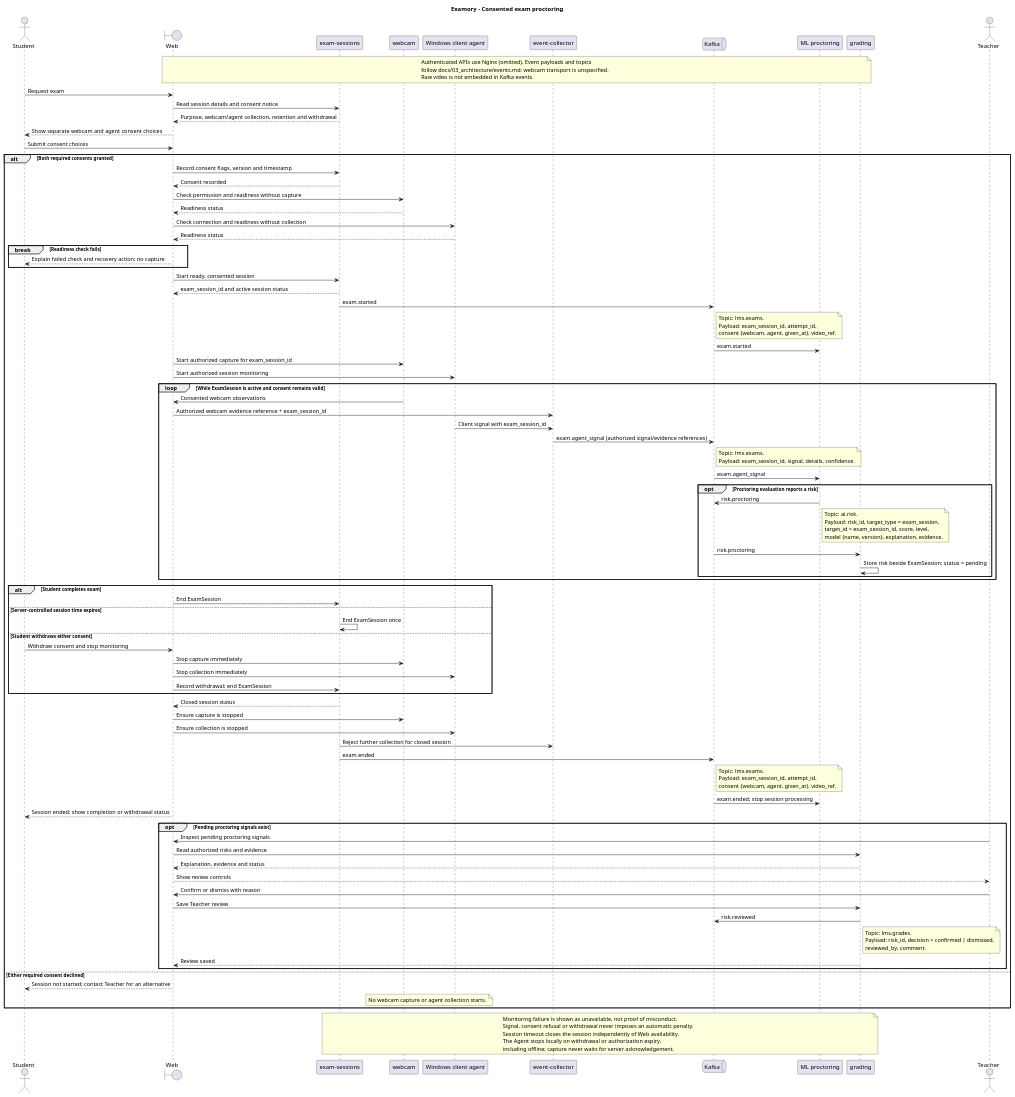
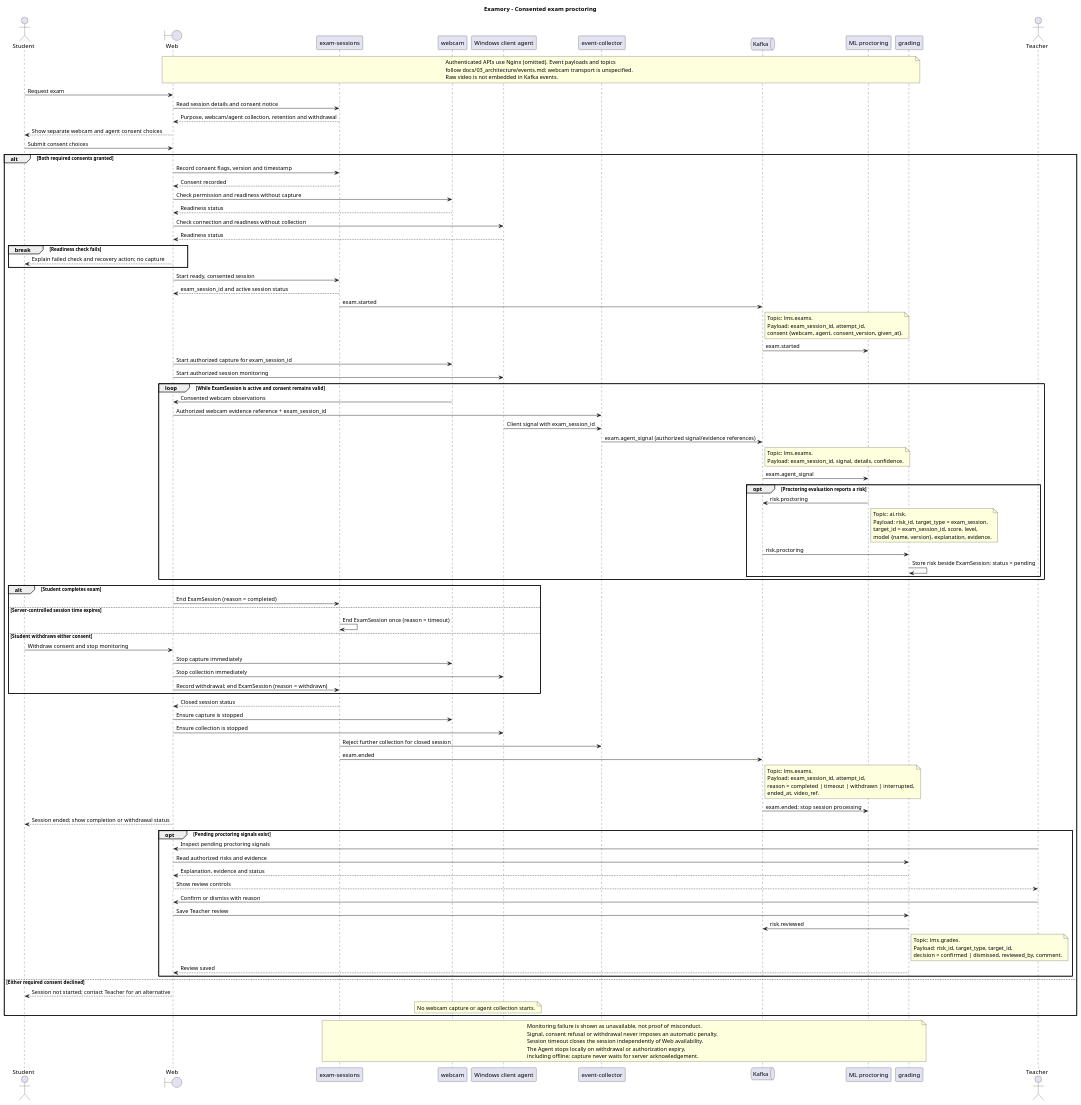
The diagram in docs/04_uml/seq_exam_proctoring.puml (Newterios/Examory), drawn with PlantUML before and after one commit. The commit also changed 7 other files, not shown here.

```diff
--- a/docs/04_uml/seq_exam_proctoring.puml
+++ b/docs/04_uml/seq_exam_proctoring.puml
@@ -2,115 +2,116 @@
 @startuml
 title Examory - Consented exam proctoring
 actor Student
 boundary Web
 participant "exam-sessions" as Exam
 participant webcam as Webcam
 participant "Windows client agent" as Agent
 participant "event-collector" as Collector
 queue Kafka
 participant "ML proctoring" as Proctoring
 participant grading
 actor Teacher
 
 note over Web, grading
   Authenticated APIs use Nginx (omitted). Event payloads and topics
   follow docs/03_architecture/events.md; webcam transport is unspecified.
   Raw video is not embedded in Kafka events.
 end note
 Student -> Web : Request exam
 Web -> Exam : Read session details and consent notice
 Exam --> Web : Purpose, webcam/agent collection, retention and withdrawal
 Web --> Student : Show separate webcam and agent consent choices
 Student -> Web : Submit consent choices
 alt Both required consents granted
   Web -> Exam : Record consent flags, version and timestamp
   Exam --> Web : Consent recorded
   Web -> Webcam : Check permission and readiness without capture
   Webcam --> Web : Readiness status
   Web -> Agent : Check connection and readiness without collection
   Agent --> Web : Readiness status
   break Readiness check fails
     Web --> Student : Explain failed check and recovery action; no capture
   end
   Web -> Exam : Start ready, consented session
   Exam --> Web : exam_session_id and active session status
   Exam -> Kafka : exam.started
   note right of Kafka
     Topic: lms.exams.
     Payload: exam_session_id, attempt_id,
-    consent {webcam, agent, given_at}, video_ref.
+    consent {webcam, agent, consent_version, given_at}.
   end note
   Kafka -> Proctoring : exam.started
   Web -> Webcam : Start authorized capture for exam_session_id
   Web -> Agent : Start authorized session monitoring
   loop While ExamSession is active and consent remains valid
     Webcam -> Web : Consented webcam observations
     Web -> Collector : Authorized webcam evidence reference + exam_session_id
     Agent -> Collector : Client signal with exam_session_id
     Collector -> Kafka : exam.agent_signal (authorized signal/evidence references)
     note right of Kafka
       Topic: lms.exams.
       Payload: exam_session_id, signal, details, confidence.
     end note
     Kafka -> Proctoring : exam.agent_signal
     opt Proctoring evaluation reports a risk
       Proctoring -> Kafka : risk.proctoring
       note right of Proctoring
         Topic: ai.risk.
         Payload: risk_id, target_type = exam_session,
         target_id = exam_session_id, score, level,
         model {name, version}, explanation, evidence.
       end note
       Kafka -> grading : risk.proctoring
       grading -> grading : Store risk beside ExamSession; status = pending
     end
   end
   alt Student completes exam
-    Web -> Exam : End ExamSession
+    Web -> Exam : End ExamSession (reason = completed)
   else Server-controlled session time expires
-    Exam -> Exam : End ExamSession once
+    Exam -> Exam : End ExamSession once (reason = timeout)
   else Student withdraws either consent
     Student -> Web : Withdraw consent and stop monitoring
     Web -> Webcam : Stop capture immediately
     Web -> Agent : Stop collection immediately
-    Web -> Exam : Record withdrawal; end ExamSession
+    Web -> Exam : Record withdrawal; end ExamSession (reason = withdrawn)
   end
   Exam --> Web : Closed session status
   Web -> Webcam : Ensure capture is stopped
   Web -> Agent : Ensure collection is stopped
   Exam -> Collector : Reject further collection for closed session
   Exam -> Kafka : exam.ended
   note right of Kafka
     Topic: lms.exams.
     Payload: exam_session_id, attempt_id,
-    consent {webcam, agent, given_at}, video_ref.
+    reason = completed | timeout | withdrawn | interrupted,
+    ended_at, video_ref.
   end note
   Kafka -> Proctoring : exam.ended; stop session processing
   Web --> Student : Session ended; show completion or withdrawal status
   opt Pending proctoring signals exist
     Teacher -> Web : Inspect pending proctoring signals
     Web -> grading : Read authorized risks and evidence
     grading --> Web : Explanation, evidence and status
     Web --> Teacher : Show review controls
     Teacher -> Web : Confirm or dismiss with reason
     Web -> grading : Save Teacher review
     grading -> Kafka : risk.reviewed
     note right of grading
       Topic: lms.grades.
-      Payload: risk_id, decision = confirmed | dismissed,
-      reviewed_by, comment.
+      Payload: risk_id, target_type, target_id,
+      decision = confirmed | dismissed, reviewed_by, comment.
     end note
     grading --> Web : Review saved
   end
 else Either required consent declined
   Web --> Student : Session not started; contact Teacher for an alternative
   note over Webcam, Agent : No webcam capture or agent collection starts.
 end
 note over Exam, grading
   Monitoring failure is shown as unavailable, not proof of misconduct.
   Signal, consent refusal or withdrawal never imposes an automatic penalty.
   Session timeout closes the session independently of Web availability.
   The Agent stops locally on withdrawal or authorization expiry,
   including offline; capture never waits for server acknowledgement.
 end note
 @enduml
```
